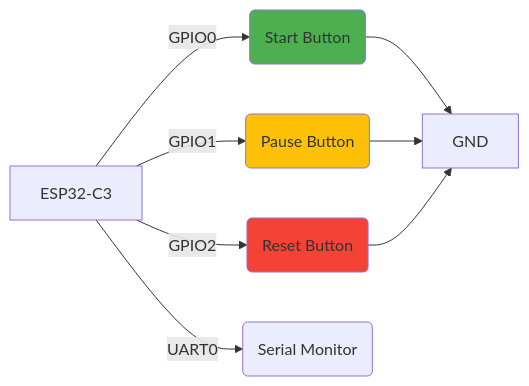
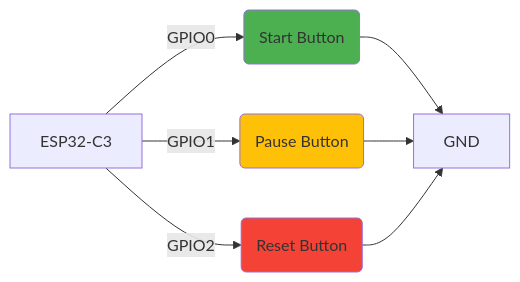
Before and after one commit to FrankCasanova/esp32-projects-collection: the diagram in real-time-timer/README.md, drawn with Mermaid.

````diff
--- a/real-time-timer/README.md
+++ b/real-time-timer/README.md
@@ -16,13 +16,12 @@
 ```mermaid
 graph LR
     A[ESP32-C3] -->|GPIO0| B(Start Button)
     A -->|GPIO1| C(Pause Button)
     A -->|GPIO2| D(Reset Button)
-    A -->|UART0| E(Serial Monitor)
     B --> F[GND]
     C --> F
     D --> F
     style B fill:#4CAF50
     style C fill:#FFC107
     style D fill:#F44336
 ```
````
